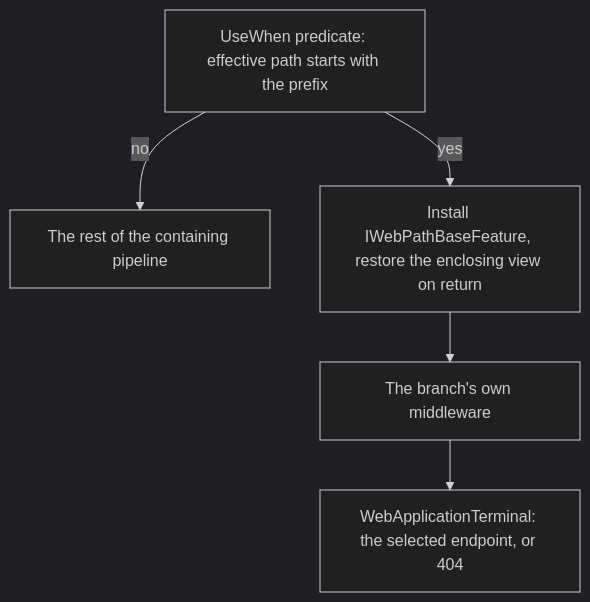
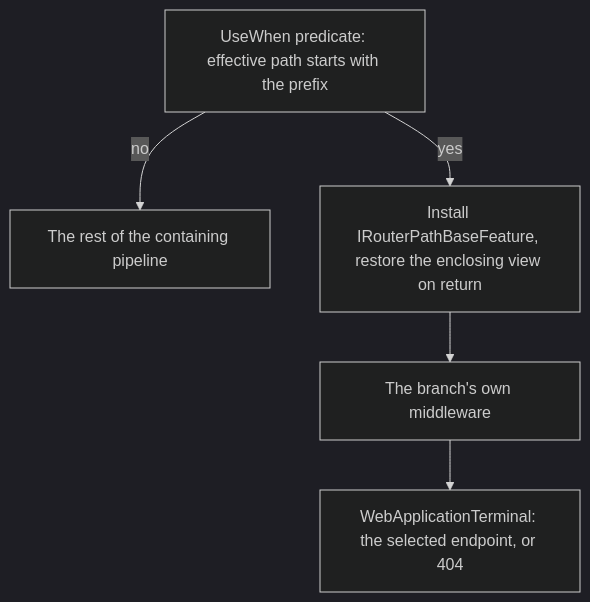
The third of 3 diagrams in resources/Web/Assimalign.Cohesion.Web.Routing/docs/DESIGN.md (assimalign/cohesion), drawn with Mermaid (dark theme) before and after one commit. The commit also changed other lines of this file and 33 other files, not shown here.

````diff
--- a/resources/Web/Assimalign.Cohesion.Web.Routing/docs/DESIGN.md
+++ b/resources/Web/Assimalign.Cohesion.Web.Routing/docs/DESIGN.md
@@ -859,7 +859,7 @@
 ```mermaid
 flowchart TD
     Match["UseWhen predicate: effective path starts with the prefix"] -->|no| Next["The rest of the containing pipeline"]
-    Match -->|yes| Base["Install IWebPathBaseFeature, restore the enclosing view on return"]
+    Match -->|yes| Base["Install IRouterPathBaseFeature, restore the enclosing view on return"]
     Base --> Branch["The branch's own middleware"]
     Branch --> Terminal["WebApplicationTerminal: the selected endpoint, or 404"]
 ```
````
